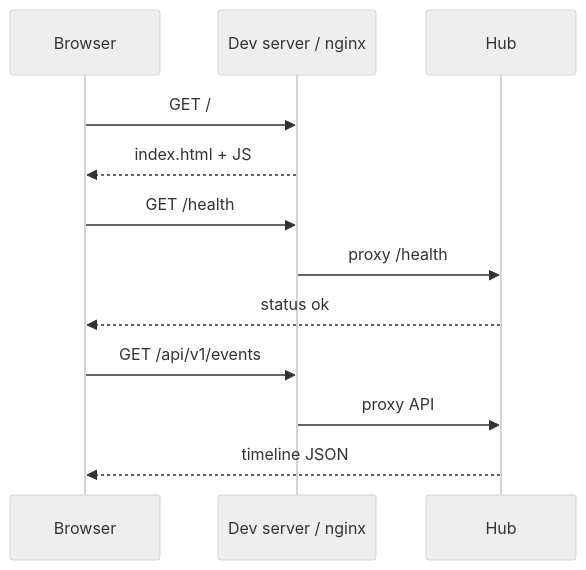
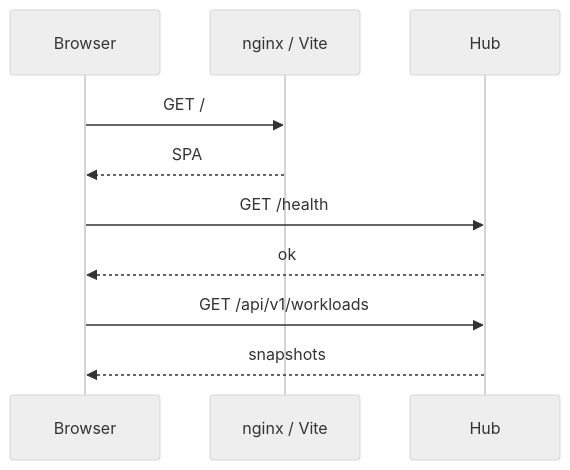
One commit to HarryRaddatz/argus-observability changed the second of 2 diagrams in docs/flows/ui-panel.md. Above: the diagram before and after it, drawn with Mermaid (neutral theme). The commit also changed other lines of this file and 47 other files, not shown here.

````diff
--- a/docs/flows/ui-panel.md
+++ b/docs/flows/ui-panel.md
@@ -7,15 +46,13 @@
 ```mermaid
 sequenceDiagram
   participant Browser
-  participant Vite as Dev server / nginx
+  participant Web as nginx / Vite
   participant Hub
 
-  Browser->>Vite: GET /
-  Vite-->>Browser: index.html + JS
-  Browser->>Vite: GET /health
-  Vite->>Hub: proxy /health
-  Hub-->>Browser: status ok
-  Browser->>Vite: GET /api/v1/events
-  Vite->>Hub: proxy API
-  Hub-->>Browser: timeline JSON
+  Browser->>Web: GET /
+  Web-->>Browser: SPA
+  Browser->>Hub: GET /health
+  Hub-->>Browser: ok
+  Browser->>Hub: GET /api/v1/workloads
+  Hub-->>Browser: snapshots
 ```
````
